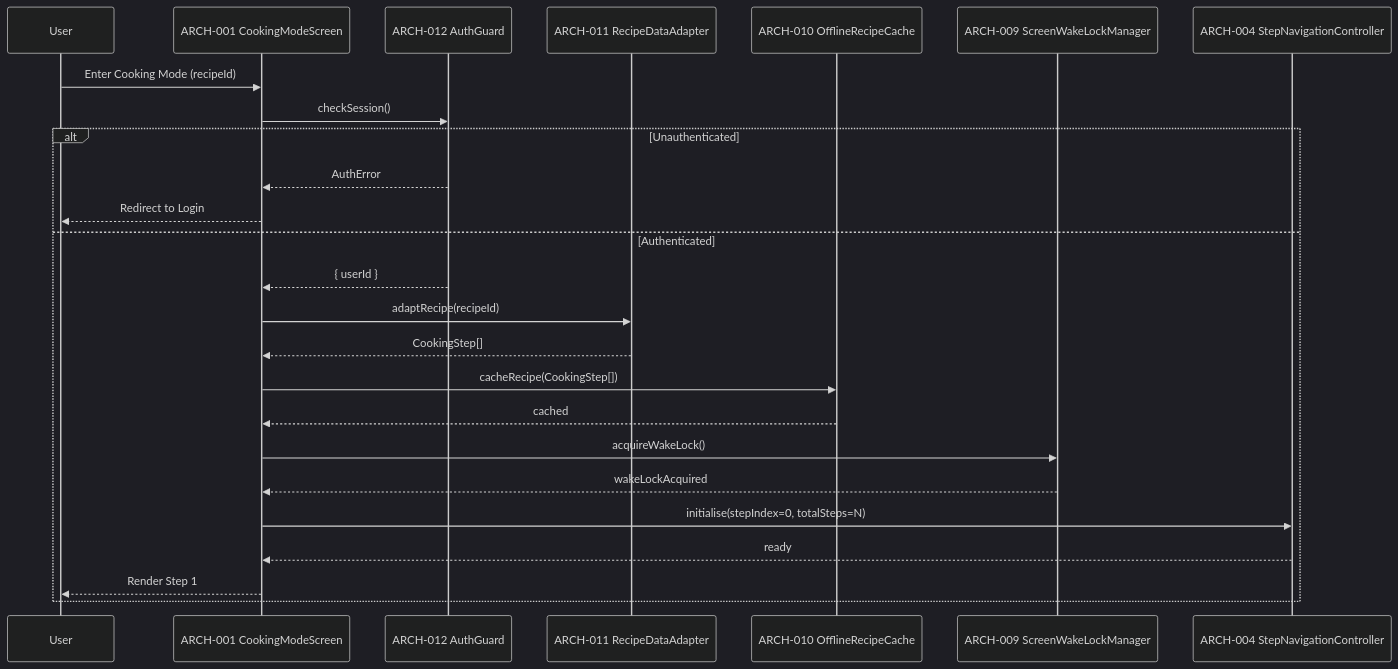
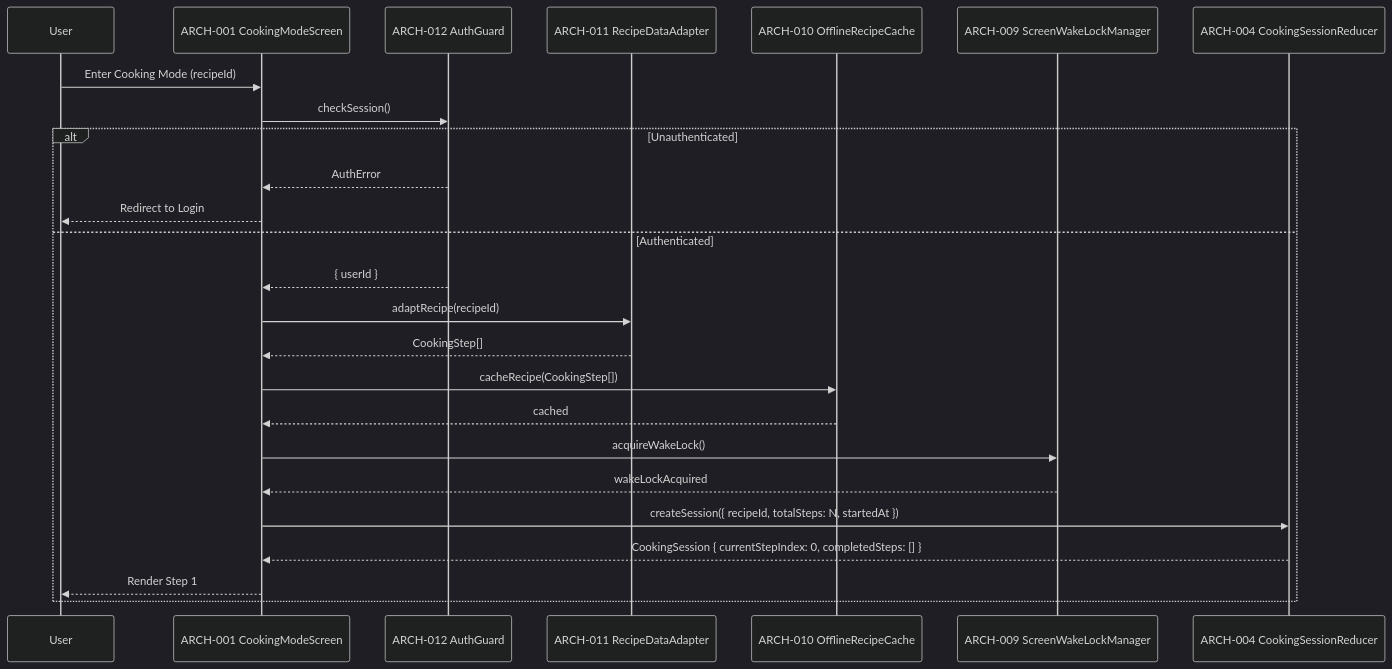
The first of 5 diagrams in specs/008-cooking-mode/v-model/architecture-design.md (radicle-co/KitchenSink), drawn with Mermaid (dark theme) before and after one commit. The commit also changed other lines of this file and 36 other files, not shown here.

````diff
--- a/specs/008-cooking-mode/v-model/architecture-design.md
+++ b/specs/008-cooking-mode/v-model/architecture-design.md
@@ -44,28 +44,28 @@
 ```mermaid
 sequenceDiagram
     participant User
     participant ARCH001 as ARCH-001 CookingModeScreen
     participant ARCH012 as ARCH-012 AuthGuard
     participant ARCH011 as ARCH-011 RecipeDataAdapter
     participant ARCH010 as ARCH-010 OfflineRecipeCache
     participant ARCH009 as ARCH-009 ScreenWakeLockManager
-    participant ARCH004 as ARCH-004 StepNavigationController
+    participant ARCH004 as ARCH-004 CookingSessionReducer
 
     User->>ARCH001: Enter Cooking Mode (recipeId)
     ARCH001->>ARCH012: checkSession()
     alt Unauthenticated
         ARCH012-->>ARCH001: AuthError
         ARCH001-->>User: Redirect to Login
     else Authenticated
         ARCH012-->>ARCH001: { userId }
         ARCH001->>ARCH011: adaptRecipe(recipeId)
         ARCH011-->>ARCH001: CookingStep[]
         ARCH001->>ARCH010: cacheRecipe(CookingStep[])
         ARCH010-->>ARCH001: cached
         ARCH001->>ARCH009: acquireWakeLock()
         ARCH009-->>ARCH001: wakeLockAcquired
-        ARCH001->>ARCH004: initialise(stepIndex=0, totalSteps=N)
-        ARCH004-->>ARCH001: ready
+        ARCH001->>ARCH004: createSession({ recipeId, totalSteps: N, startedAt })
+        ARCH004-->>ARCH001: CookingSession { currentStepIndex: 0, completedSteps: [] }
         ARCH001-->>User: Render Step 1
     end
 ```
````
